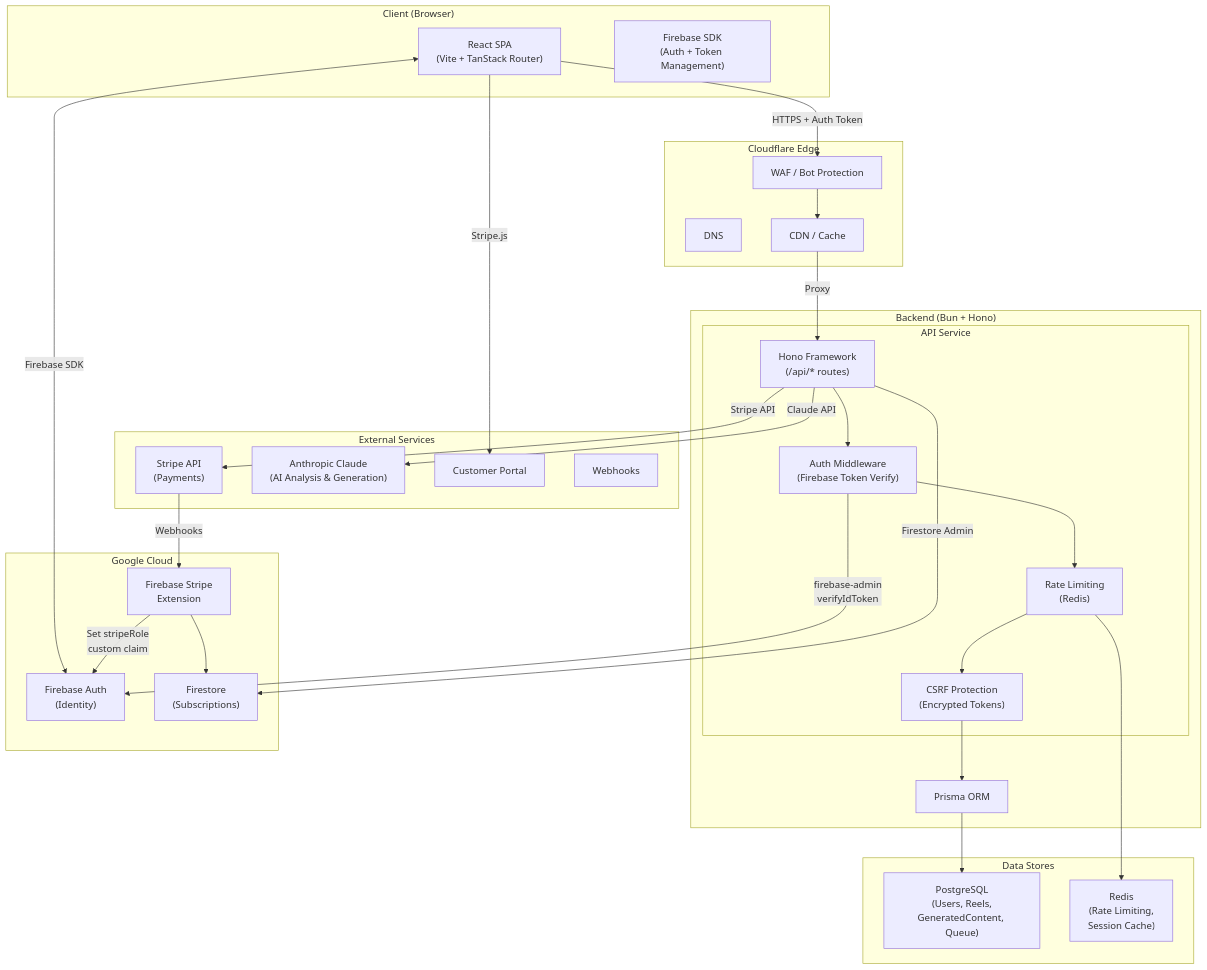
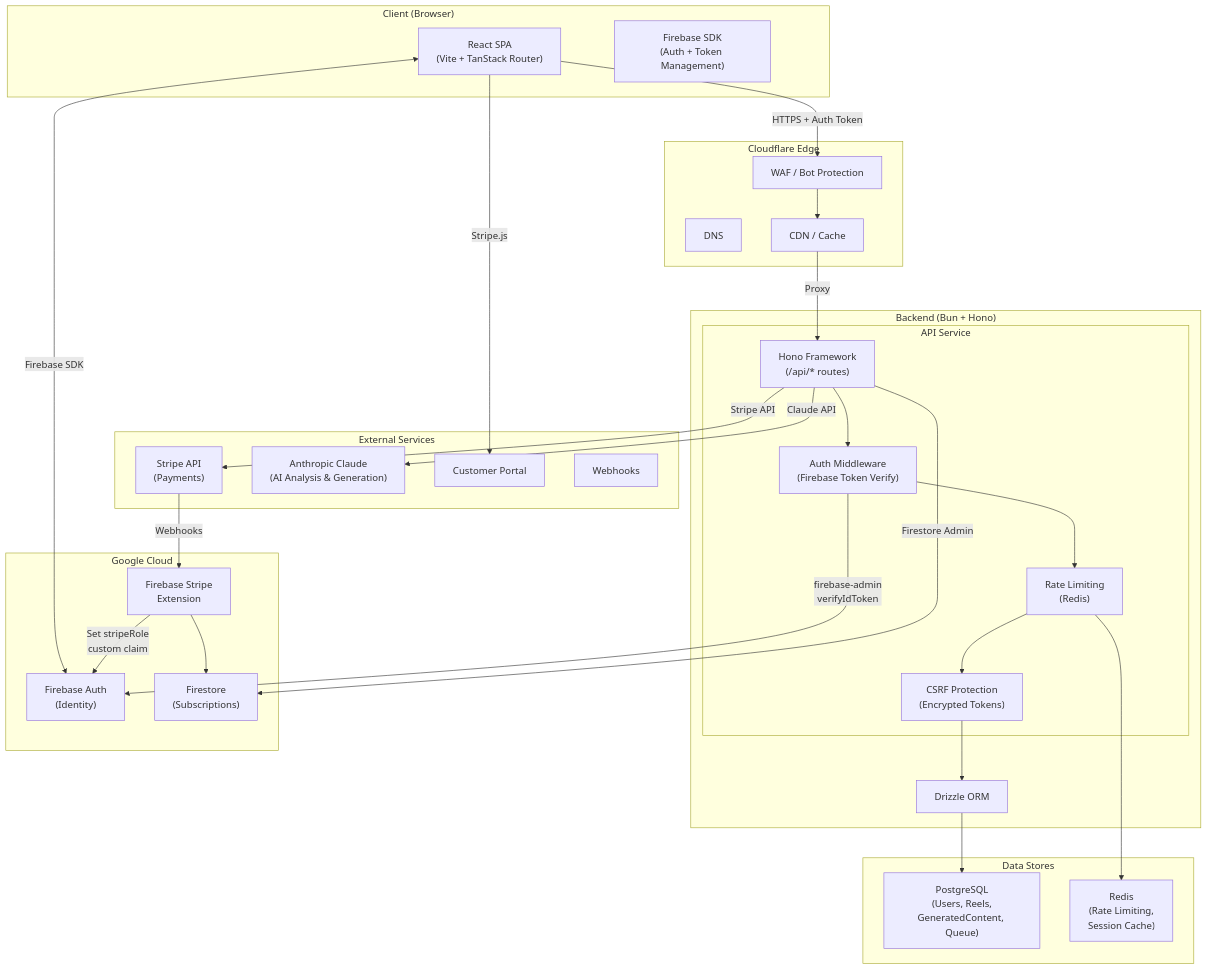
Before and after one commit to KennethAtchon/ContentAI: the first of 5 diagrams in docs/architecture/diagrams.md, drawn with Mermaid. The commit also changed other lines of this file and 12 other files, not shown here.

First line of the commit message:
docs: Update architecture documentation to reflect ReelStudio's current tech stack and implementation

````diff
--- a/docs/architecture/diagrams.md
+++ b/docs/architecture/diagrams.md
@@ -7,60 +7,60 @@
 ```mermaid
 graph TB
     subgraph Client["Client (Browser)"]
         Browser["React SPA\n(Vite + TanStack Router)"]
         FirebaseSDK["Firebase SDK\n(Auth + Token Management)"]
     end
 
     subgraph Cloudflare["Cloudflare Edge"]
         CF_DNS["DNS"]
         CF_WAF["WAF / Bot Protection"]
         CF_CDN["CDN / Cache"]
     end
 
     subgraph Backend["Backend (Bun + Hono)"]
         subgraph API["API Service"]
             Hono["Hono Framework\n(/api/* routes)"]
             AuthMW["Auth Middleware\n(Firebase Token Verify)"]
             RateLimit["Rate Limiting\n(Redis)"]
             CSRF["CSRF Protection\n(Encrypted Tokens)"]
         end
-        Prisma["Prisma ORM"]
+        Drizzle["Drizzle ORM"]
     end
 
     subgraph Databases["Data Stores"]
         PG["PostgreSQL\n(Users, Reels,\nGeneratedContent, Queue)"]
         Redis["Redis\n(Rate Limiting,\nSession Cache)"]
     end
 
     subgraph Google["Google Cloud"]
         Firebase["Firebase Auth\n(Identity)"]
         Firestore["Firestore\n(Subscriptions)"]
         FirebaseExt["Firebase Stripe\nExtension"]
     end
 
     subgraph External["External Services"]
         StripeAPI["Stripe API\n(Payments)"]
         Claude["Anthropic Claude\n(AI Analysis & Generation)"]
         Portal["Customer Portal"]
         Webhooks["Webhooks"]
     end
 
     Browser -->|HTTPS + Auth Token| CF_WAF
     CF_WAF --> CF_CDN
     CF_CDN -->|Proxy| Hono
     Browser <-->|Firebase SDK| Firebase
     Hono --> AuthMW
     AuthMW --> RateLimit
     RateLimit --> CSRF
-    CSRF --> Prisma
-    Prisma --> PG
+    CSRF --> Drizzle
+    Drizzle --> PG
     RateLimit --> Redis
     AuthMW -->|firebase-admin\nverifyIdToken| Firebase
     Hono -->|Firestore Admin| Firestore
     Hono -->|Stripe API| StripeAPI
     Hono -->|Claude API| Claude
     StripeAPI -->|Webhooks| FirebaseExt
     FirebaseExt --> Firestore
     FirebaseExt -->|Set stripeRole\ncustom claim| Firebase
     Browser -->|Stripe.js| Portal
 ```
````
